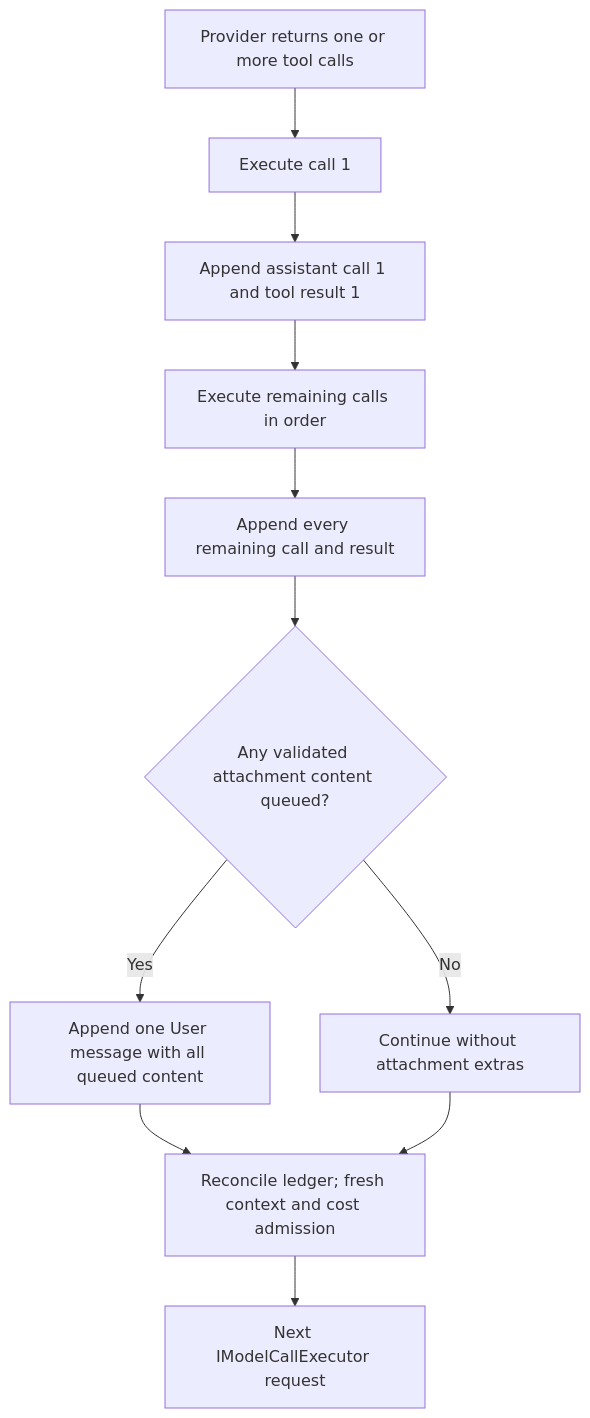
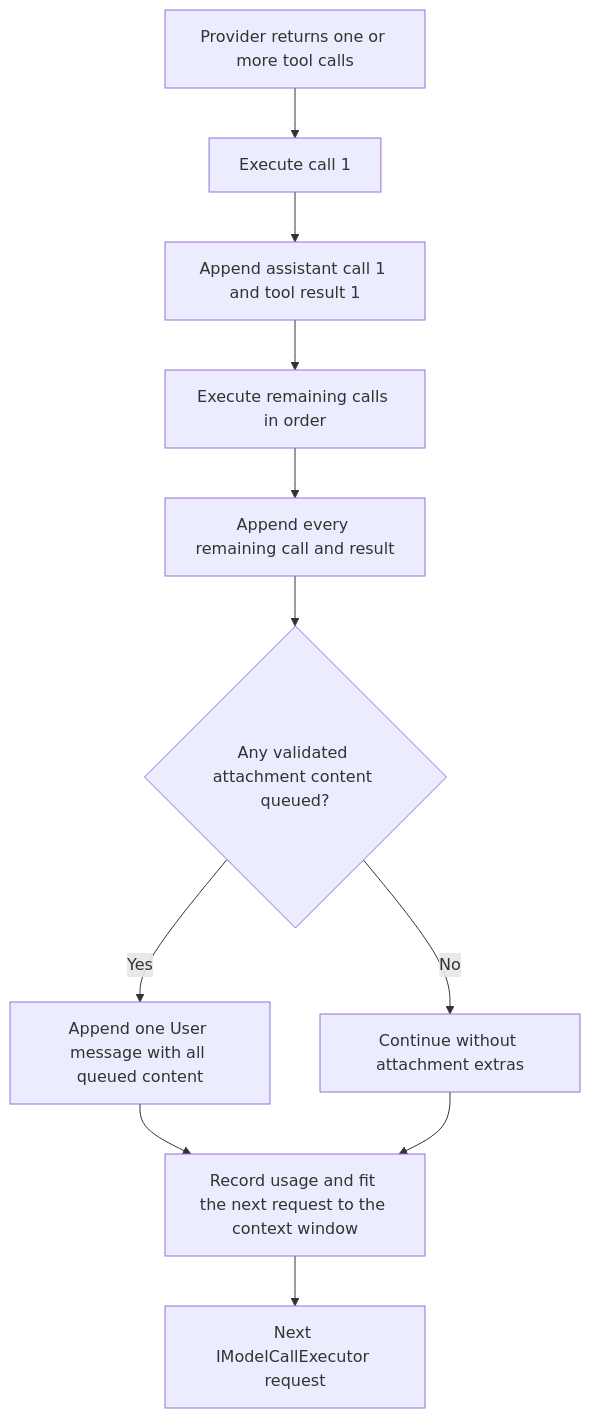
Before and after one commit to Retro-Downfall/RetroDownfall.Arcanum: the second of 2 diagrams in docs/Arcanum.CHAT-LOOP.md, drawn with Mermaid. The commit also changed other lines of this file and 437 other files, not shown here.

````diff
--- a/docs/Arcanum.CHAT-LOOP.md
+++ b/docs/Arcanum.CHAT-LOOP.md
@@ -120,13 +120,13 @@
 ```mermaid
 flowchart TD
     A["Provider returns one or more tool calls"] --> B["Execute call 1"]
     B --> C["Append assistant call 1 and tool result 1"]
     C --> D["Execute remaining calls in order"]
     D --> E["Append every remaining call and result"]
     E --> F{"Any validated attachment content queued?"}
     F -- Yes --> G["Append one User message with all queued content"]
     F -- No --> H["Continue without attachment extras"]
-    G --> I["Reconcile ledger; fresh context and cost admission"]
+    G --> I["Record usage and fit the next request to the context window"]
     H --> I
     I --> J["Next IModelCallExecutor request"]
 ```
````
